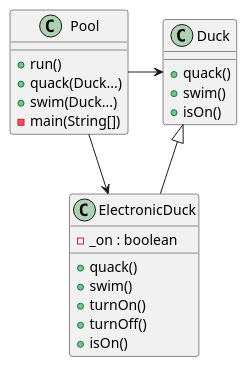
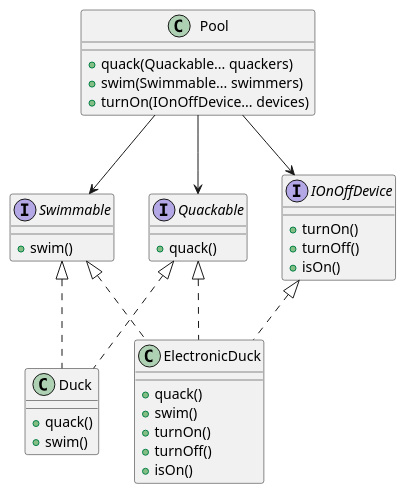
One commit to MedAzizKhayati/SOLID changed the diagram in LSP/src/com/directi/training/lsp/exercise_refactored/uml.wsd. Above: the diagram before and after it, drawn with PlantUML. The commit also changed 8 other files, not shown here.

```diff
--- a/LSP/src/com/directi/training/lsp/exercise_refactored/uml.wsd
+++ b/LSP/src/com/directi/training/lsp/exercise_refactored/uml.wsd
@@ -1,27 +1,39 @@
 @startuml lsp
-class Duck {
-  +quack()
-  +swim()
-  +isOn()
+interface Quackable {
+    +quack()
 }
 
-class ElectronicDuck {
-  -_on : boolean
-  +quack()
-  +swim()
-  +turnOn()
-  +turnOff()
-  +isOn()
+interface Swimmable {
+    +swim()
+}
+
+interface IOnOffDevice {
+    +turnOn()
+    +turnOff()
+    +isOn()
+}
+
+class Duck implements Quackable, Swimmable {
+    +quack()
+    +swim()
+}
+
+class ElectronicDuck implements Quackable, Swimmable, IOnOffDevice {
+    +quack()
+    +swim()
+    +turnOn()
+    +turnOff()
+    +isOn()
 }
 
 class Pool {
-  +run()
-  +quack(Duck...)
-  +swim(Duck...)
-  -main(String[])
+    +quack(Quackable... quackers)
+    +swim(Swimmable... swimmers)
+    +turnOn(IOnOffDevice... devices)
 }
 
-Duck <|-- ElectronicDuck
-Pool -> Duck
-Pool -> ElectronicDuck
+Pool --> Swimmable
+Pool --> Quackable
+Pool --> IOnOffDevice
+
 @enduml
```
